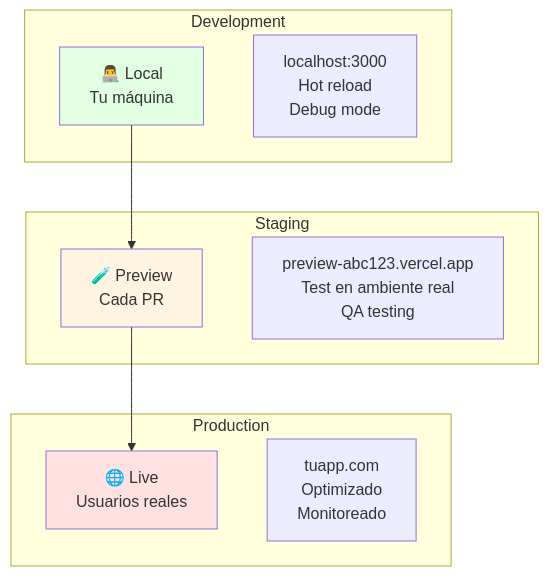
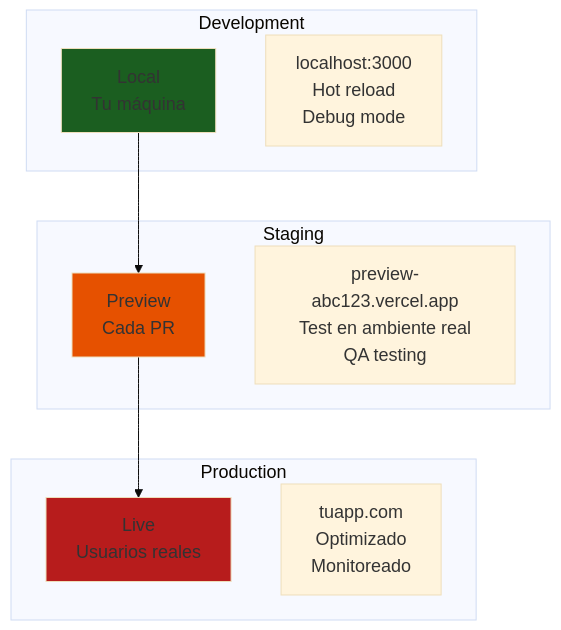
One commit to Ai-Whisperers/Courses-Content changed the third of 12 diagrams in courses/🟡-development/FPUNA-2026/01-DESARROLLO-SOFTWARE/especializaciones/web-development/05-despliegue-ia.md. Above: the diagram before and after it, drawn with Mermaid. The commit also changed other lines of this file and 47 other files, not shown here.

First line of the commit message:
fix: Make all 473 diagrams WCAG AAA accessible (FPUNA-2026)

````diff
--- a/courses/🟡-development/FPUNA-2026/01-DESARROLLO-SOFTWARE/especializaciones/web-development/05-despliegue-ia.md
+++ b/courses/🟡-development/FPUNA-2026/01-DESARROLLO-SOFTWARE/especializaciones/web-development/05-despliegue-ia.md
@@ -107,24 +109,25 @@
 ```mermaid
+%%{init: {'theme':'base', 'themeVariables': {'fontSize':'18px'}}}%%
 graph TD
     subgraph "Development"
-        A[👨‍💻 Local<br/>Tu máquina]
+        A[Local<br/>Tu máquina]
         A1[localhost:3000<br/>Hot reload<br/>Debug mode]
     end
     
     subgraph "Staging"
-        B[🧪 Preview<br/>Cada PR]
+        B[Preview<br/>Cada PR]
         B1[preview-abc123.vercel.app<br/>Test en ambiente real<br/>QA testing]
     end
     
     subgraph "Production"
-        C[🌐 Live<br/>Usuarios reales]
+        C[Live<br/>Usuarios reales]
         C1[tuapp.com<br/>Optimizado<br/>Monitoreado]
     end
     
     A --> B
     B --> C
     
-    style A fill:#E1FFE1
-    style B fill:#FFF4E1
-    style C fill:#FFE1E1
+    style A fill:#1b5e20
+    style B fill:#e65100
+    style C fill:#b71c1c
 ```
````
